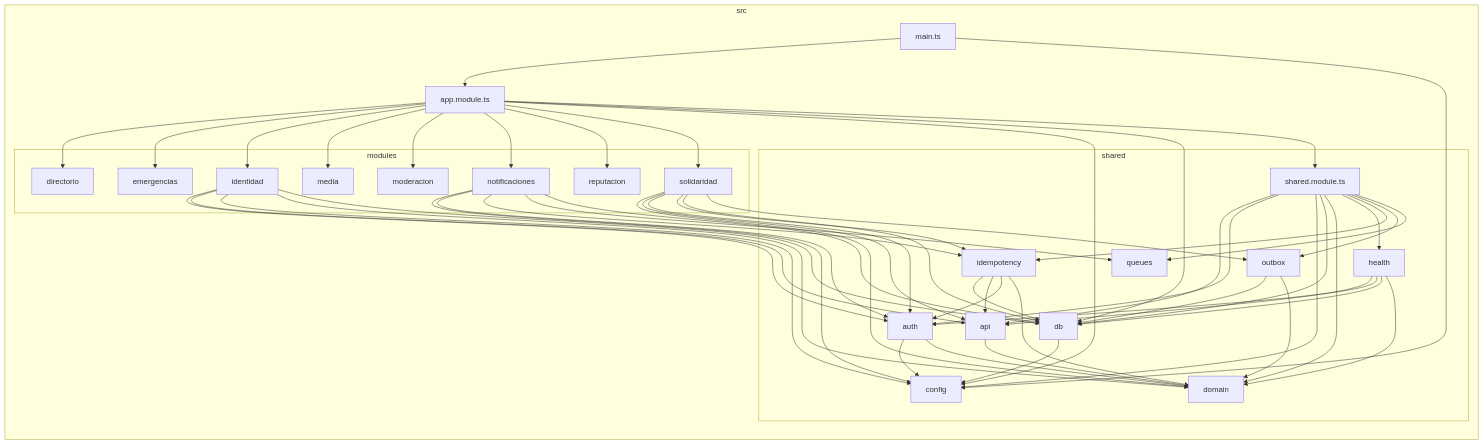
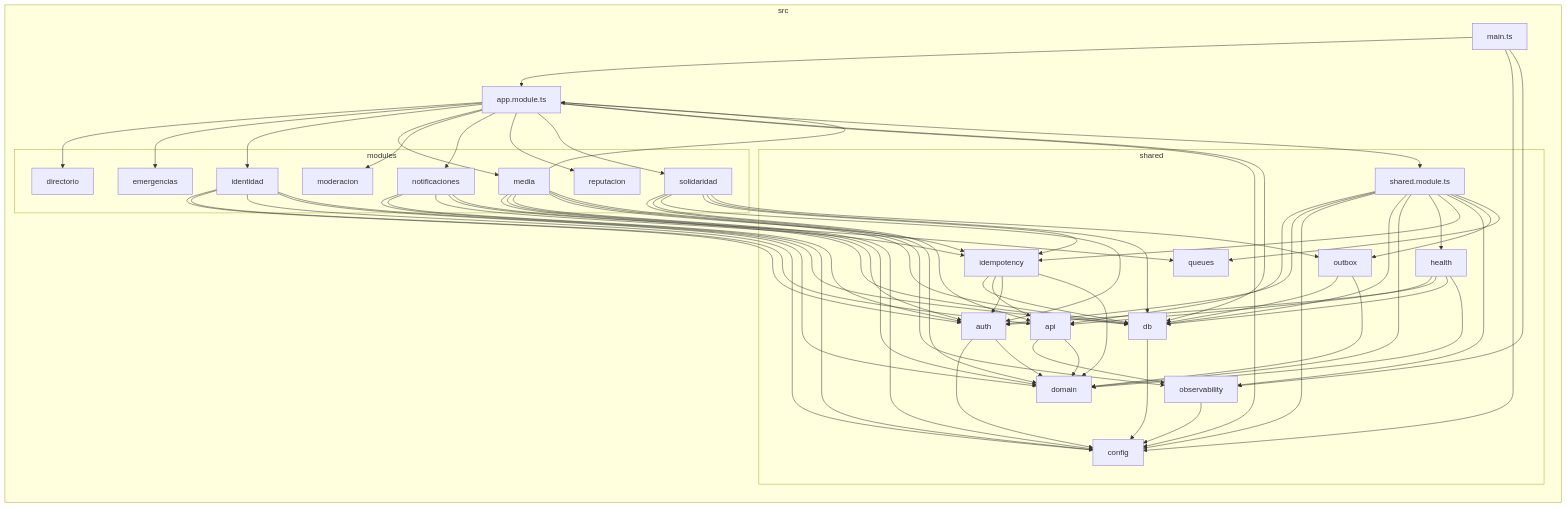
The diagram in docs/grafos/dependencias-backend.md (stefanods29/Hackathon-ElComercio-Shabat-Shalom), drawn with Mermaid before and after one commit. The commit also changed 101 other files, not shown here.

````diff
--- a/docs/grafos/dependencias-backend.md
+++ b/docs/grafos/dependencias-backend.md
@@ -28,6 +28,7 @@
     src_shared_domain["domain"]
     src_shared_health["health"]
     src_shared_idempotency["idempotency"]
+    src_shared_observability["observability"]
     src_shared_outbox["outbox"]
     src_shared_queues["queues"]
     src_shared_shared_module_ts["shared.module.ts"]
@@ -46,11 +47,19 @@
 src_app_module_ts-->src_shared_shared_module_ts
 src_main_ts-->src_app_module_ts
 src_main_ts-->src_shared_config
+src_main_ts-->src_shared_observability
 src_modules_identidad-->src_shared_auth
 src_modules_identidad-->src_shared_api
 src_modules_identidad-->src_shared_config
 src_modules_identidad-->src_shared_domain
 src_modules_identidad-->src_shared_db
+src_modules_media-->src_shared_auth
+src_modules_media-->src_shared_domain
+src_modules_media-->src_shared_config
+src_modules_media-->src_shared_idempotency
+src_modules_media-->src_shared_db
+src_modules_media-->src_app_module_ts
+src_modules_media-->src_shared_observability
 src_modules_notificaciones-->src_shared_config
 src_modules_notificaciones-->src_shared_auth
 src_modules_notificaciones-->src_shared_idempotency
@@ -62,6 +71,7 @@
 src_modules_solidaridad-->src_shared_idempotency
 src_modules_solidaridad-->src_shared_db
 src_modules_solidaridad-->src_shared_outbox
+src_shared_api-->src_shared_observability
 src_shared_api-->src_shared_domain
 src_shared_auth-->src_shared_config
 src_shared_auth-->src_shared_domain
@@ -74,6 +84,7 @@
 src_shared_idempotency-->src_shared_api
 src_shared_idempotency-->src_shared_auth
 src_shared_idempotency-->src_shared_domain
+src_shared_observability-->src_shared_config
 src_shared_outbox-->src_shared_db
 src_shared_outbox-->src_shared_domain
 src_shared_shared_module_ts-->src_shared_api
@@ -83,6 +94,7 @@
 src_shared_shared_module_ts-->src_shared_domain
 src_shared_shared_module_ts-->src_shared_health
 src_shared_shared_module_ts-->src_shared_idempotency
+src_shared_shared_module_ts-->src_shared_observability
 src_shared_shared_module_ts-->src_shared_outbox
 src_shared_shared_module_ts-->src_shared_queues
 ```
````
